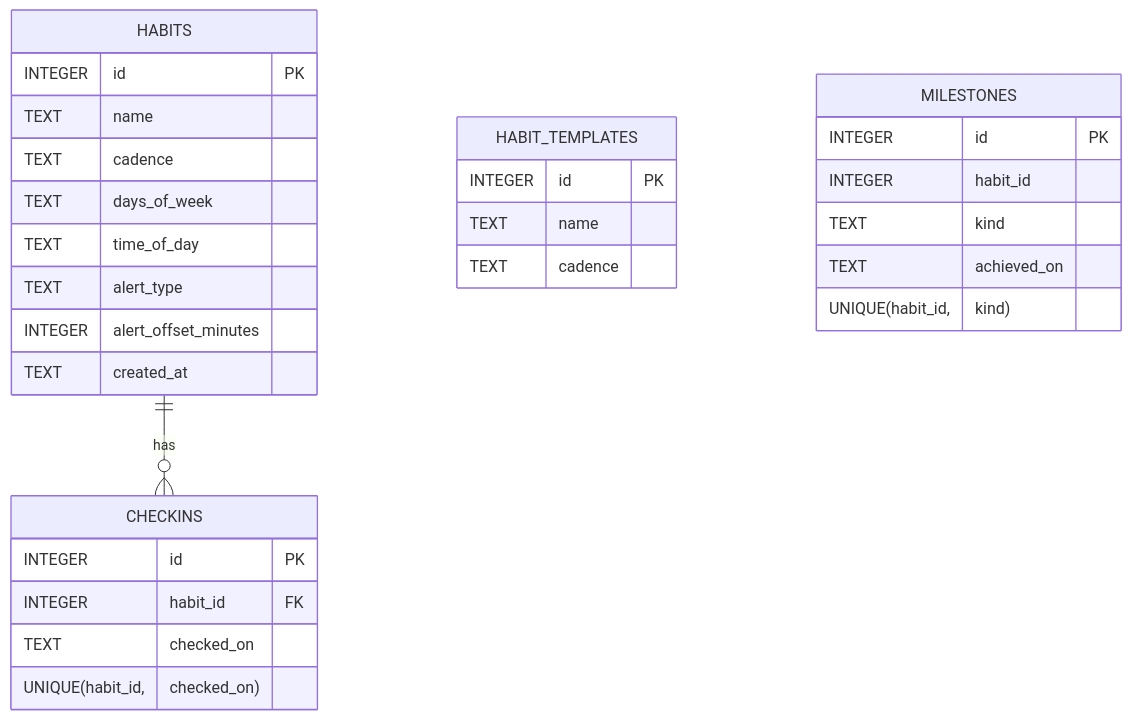
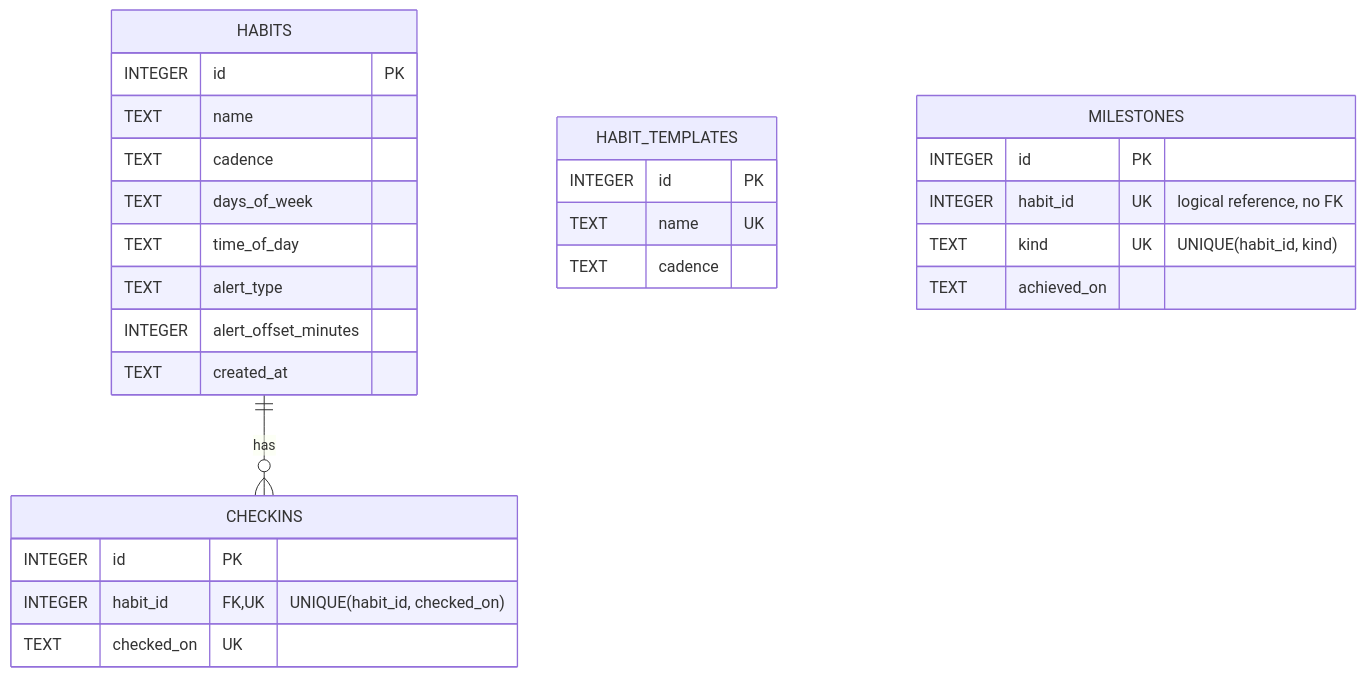
The second of 2 diagrams in REPORT.md (NikitaDjandjgava/Devops_Habit_Tracker), drawn with Mermaid before and after one commit. The commit also changed other lines of this file and 2 other files, not shown here.

Commit message:
Update README coverage, report diagrams and SMART goals, AI usage log rows

````diff
--- a/REPORT.md
+++ b/REPORT.md
@@ -49,36 +81,34 @@
 ```mermaid
 erDiagram
     HABITS ||--o{ CHECKINS : has
 
     HABITS {
         INTEGER id PK
         TEXT name
         TEXT cadence
         TEXT days_of_week
         TEXT time_of_day
         TEXT alert_type
         INTEGER alert_offset_minutes
         TEXT created_at
     }
 
     CHECKINS {
         INTEGER id PK
-        INTEGER habit_id FK
-        TEXT checked_on
-        UNIQUE(habit_id, checked_on)
+        INTEGER habit_id FK,UK "UNIQUE(habit_id, checked_on)"
+        TEXT checked_on UK
     }
 
     HABIT_TEMPLATES {
         INTEGER id PK
-        TEXT name
+        TEXT name UK
         TEXT cadence
     }
 
     MILESTONES {
         INTEGER id PK
-        INTEGER habit_id
-        TEXT kind
+        INTEGER habit_id UK "logical reference, no FK"
+        TEXT kind UK "UNIQUE(habit_id, kind)"
         TEXT achieved_on
-        UNIQUE(habit_id, kind)
     }
 ```
````
